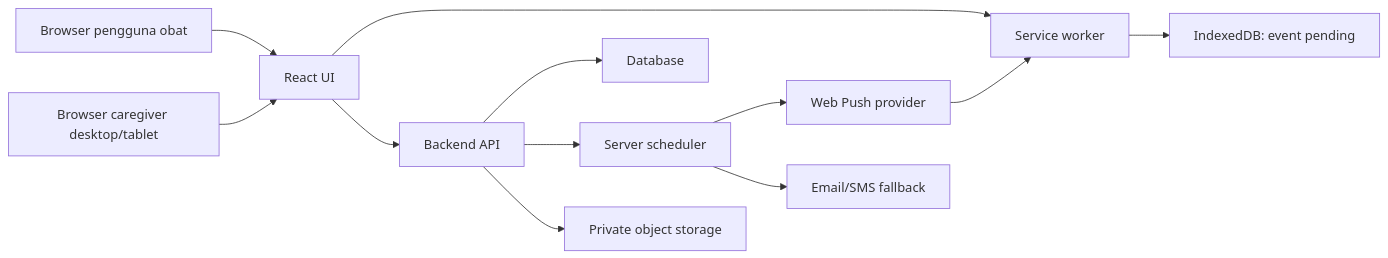
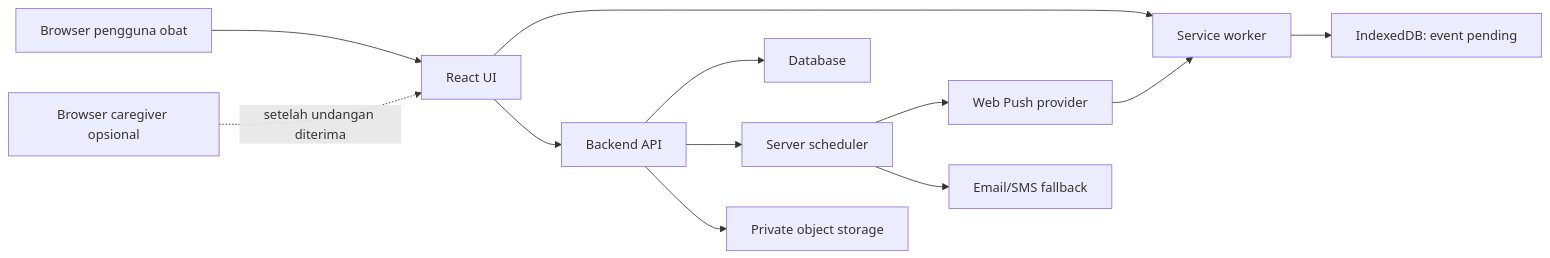
One commit to Rizuki25/Obtara changed the first of 13 diagrams in workflow.md. Above: the diagram before and after it, drawn with Mermaid. The commit also changed other lines of this file and 43 other files, not shown here.

````diff
--- a/workflow.md
+++ b/workflow.md
@@ -51,14 +52,14 @@
 ```mermaid
 flowchart LR
     U["Browser pengguna obat"] --> UI["React UI"]
-    C["Browser caregiver desktop/tablet"] --> UI
+    C["Browser caregiver opsional"] -. "setelah undangan diterima" .-> UI
     UI --> SW["Service worker"]
     SW --> IDB["IndexedDB: event pending"]
     UI --> API["Backend API"]
     API --> DB["Database"]
     API --> SCHED["Server scheduler"]
     SCHED --> PUSH["Web Push provider"]
     SCHED --> FALLBACK["Email/SMS fallback"]
     PUSH --> SW
     API --> MEDIA["Private object storage"]
 ```
````
